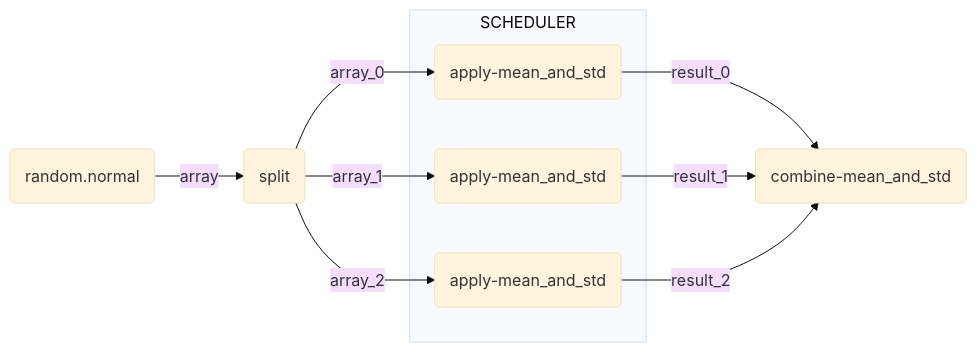
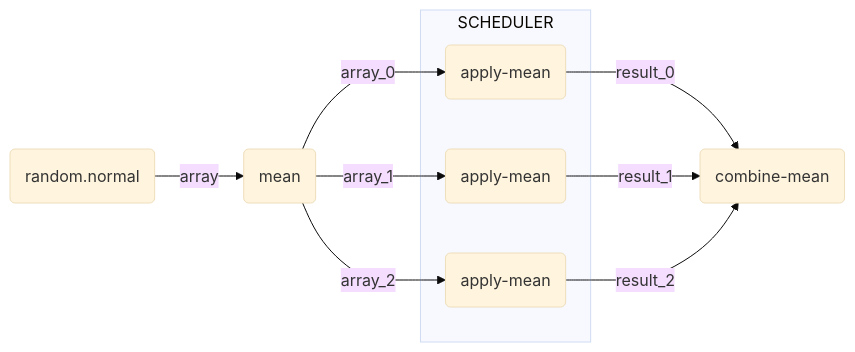
One commit to nasa/oceandata-notebooks changed the second of 2 diagrams in book/notebooks/hackweek/dask_gridding.md. Above: the diagram before and after it, drawn with Mermaid (base theme). The commit also changed other lines of this file, not shown here.

````diff
--- a/book/notebooks/hackweek/dask_gridding.md
+++ b/book/notebooks/hackweek/dask_gridding.md
@@ -363,18 +258,18 @@
 ```mermaid
 %%{ init: { 'flowchart': { 'curve': 'monotoneY' } } }%%
 
 flowchart LR
 
-A(random.normal) -->|array| B(split)
-B -->|array_0| C0(apply-mean_and_std)
-B -->|array_1| C1(apply-mean_and_std)
-B -->|array_2| C2(apply-mean_and_std)
+A(random.normal) -->|array| B(mean)
+B -->|array_0| C0(apply-mean)
+B -->|array_1| C1(apply-mean)
+B -->|array_2| C2(apply-mean)
 subgraph SCHEDULER
 C0
 C1
 C2
 end
-C0 -->|result_0| D(combine-mean_and_std)
+C0 -->|result_0| D(combine-mean)
 C1 -->|result_1| D
 C2 -->|result_2| D
 ```
````
